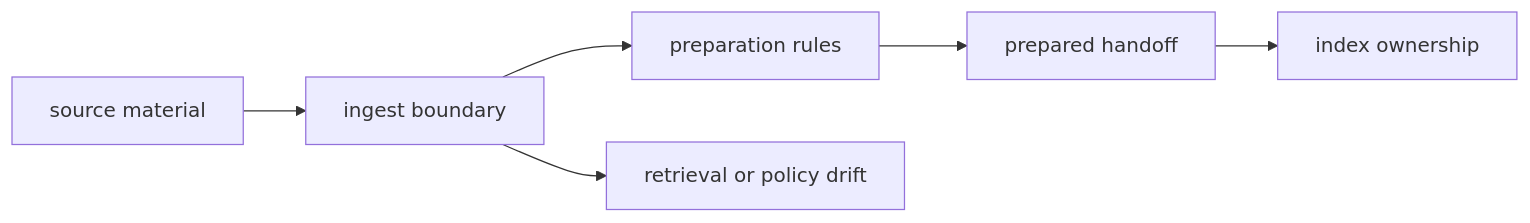
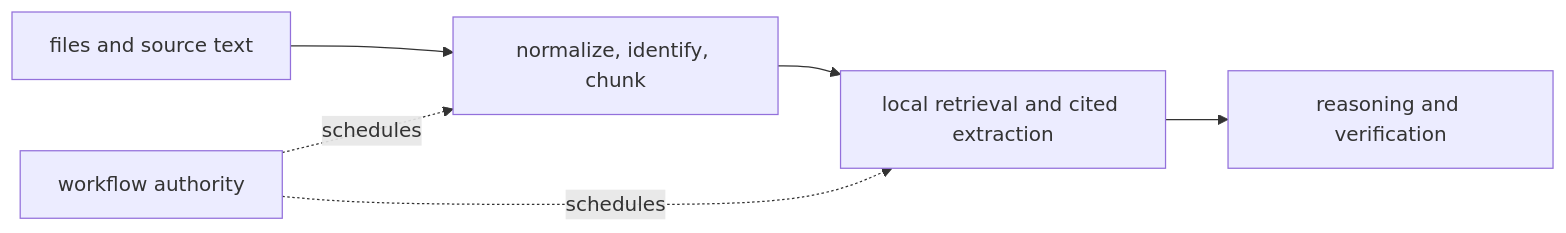
One commit to bijux/bijux-canon changed the diagram in docs/02-bijux-canon-ingest/foundation/index.md. Above: the diagram before and after it, drawn with Mermaid. The commit also changed other lines of this file and 3 other files, not shown here.

Commit message:
docs(ingest): map preparation contracts and operating paths

````diff
--- a/docs/02-bijux-canon-ingest/foundation/index.md
+++ b/docs/02-bijux-canon-ingest/foundation/index.md
@@ -16,12 +20,12 @@
 ```mermaid
 flowchart LR
-    source["source material"]
-    package["ingest boundary"]
-    preparation["preparation rules"]
-    handoff["prepared handoff"]
-    nextowner["index ownership"]
-    drift["retrieval or policy drift"]
+    source["files and source text"]
+    prepare["normalize, identify, chunk"]
+    retrieve["local retrieval and cited extraction"]
+    reason["reasoning and verification"]
+    runtime["workflow authority"]
 
-    source --> package --> preparation --> handoff --> nextowner
-    package --> drift
+    source --> prepare --> retrieve --> reason
+    runtime -. schedules .-> prepare
+    runtime -. schedules .-> retrieve
 ```
````
